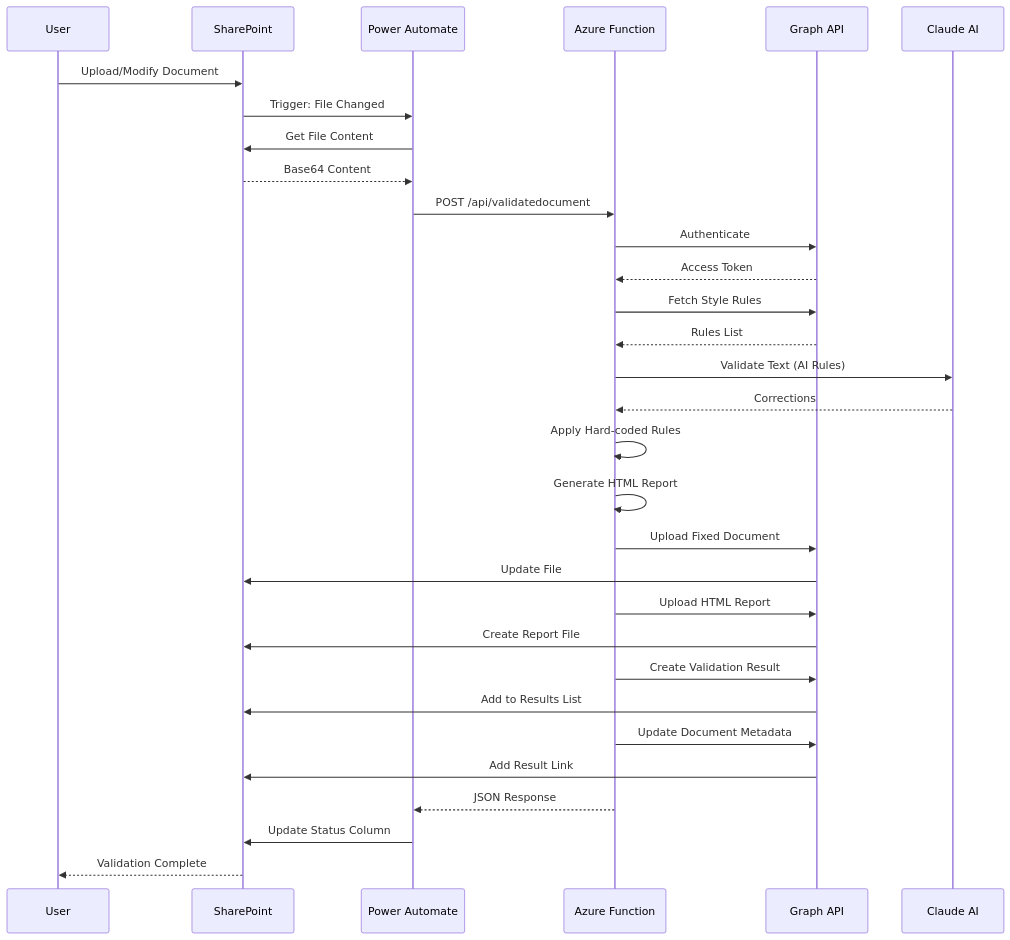
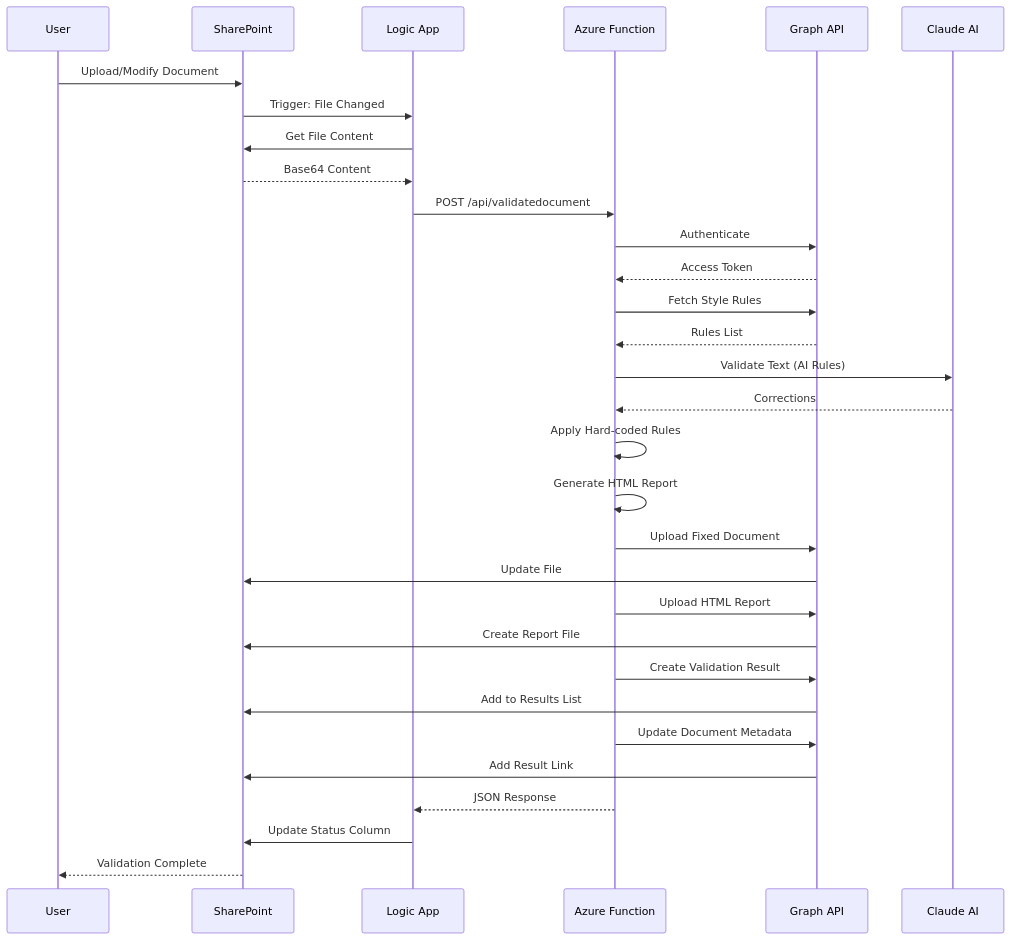
One commit to stephencummins/MaceStyle changed the third of 4 diagrams in docs/1-technical-architecture.md. Above: the diagram before and after it, drawn with Mermaid. The commit also changed other lines of this file and 4 other files, not shown here.

First line of the commit message:
Update all docs for v5.0: multi-format, Logic App, DevOps, UK spelling

````diff
--- a/docs/1-technical-architecture.md
+++ b/docs/1-technical-architecture.md
@@ -297,43 +309,43 @@
 ```mermaid
 sequenceDiagram
     participant User
     participant SP as SharePoint
-    participant PA as Power Automate
+    participant PA as Logic App
     participant AF as Azure Function
     participant Graph as Graph API
     participant Claude as Claude AI
 
     User->>SP: Upload/Modify Document
     SP->>PA: Trigger: File Changed
     PA->>SP: Get File Content
     SP-->>PA: Base64 Content
     PA->>AF: POST /api/validatedocument
 
     AF->>Graph: Authenticate
     Graph-->>AF: Access Token
 
     AF->>Graph: Fetch Style Rules
     Graph-->>AF: Rules List
 
     AF->>Claude: Validate Text (AI Rules)
     Claude-->>AF: Corrections
 
     AF->>AF: Apply Hard-coded Rules
     AF->>AF: Generate HTML Report
 
     AF->>Graph: Upload Fixed Document
     Graph->>SP: Update File
 
     AF->>Graph: Upload HTML Report
     Graph->>SP: Create Report File
 
     AF->>Graph: Create Validation Result
     Graph->>SP: Add to Results List
 
     AF->>Graph: Update Document Metadata
     Graph->>SP: Add Result Link
 
     AF-->>PA: JSON Response
     PA->>SP: Update Status Column
     SP-->>User: Validation Complete
 ```
````
